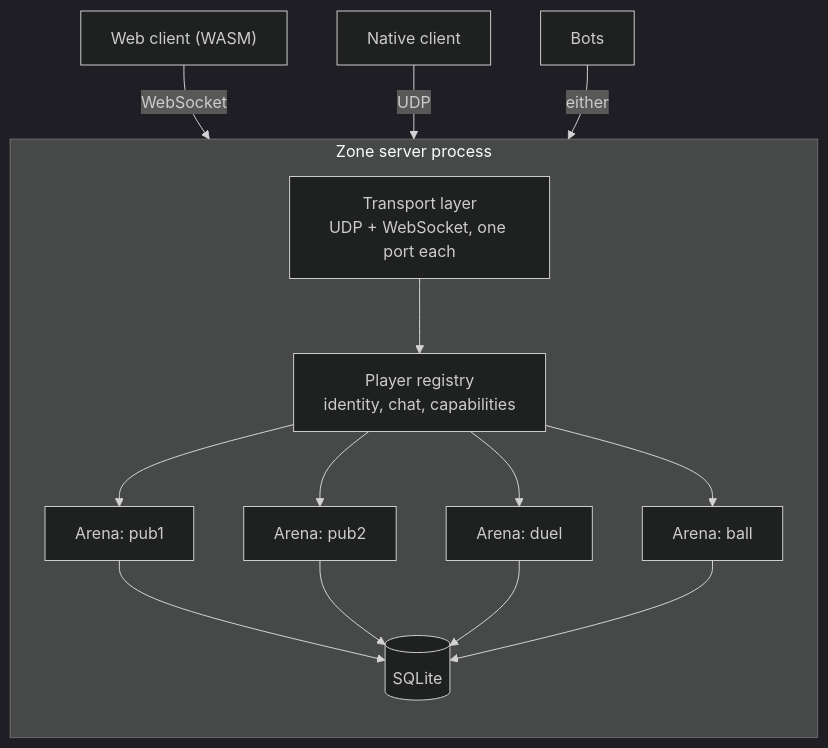
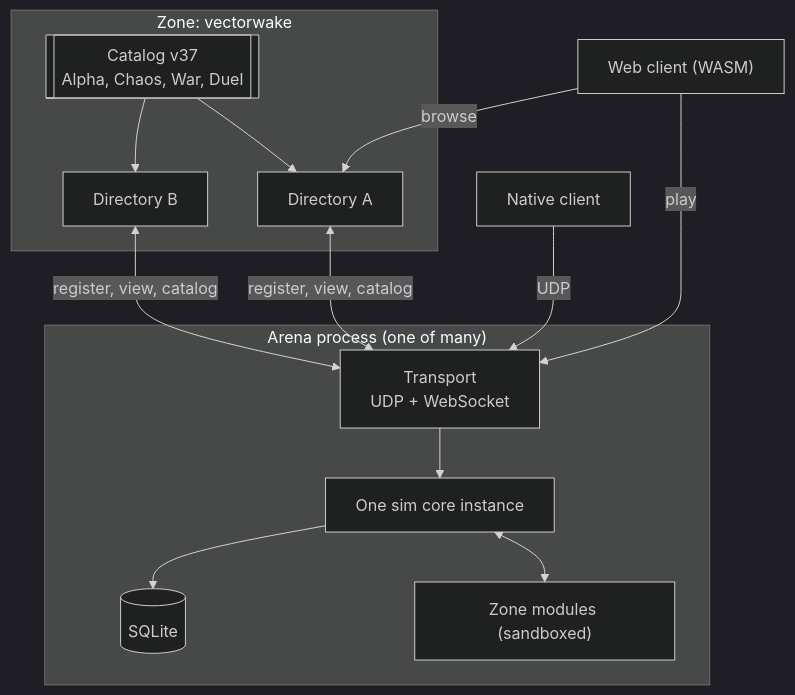
One commit to criccomini/vectorwake changed the second of 2 diagrams in docs/architecture/system-overview.md. Above: the diagram before and after it, drawn with Mermaid (dark theme). The commit also changed other lines of this file and 12 other files, not shown here.

First line of the commit message:
Design: the zone, directory and arena structure

````diff
--- a/docs/architecture/system-overview.md
+++ b/docs/architecture/system-overview.md
@@ -66,19 +77,23 @@
 ```mermaid
 flowchart TB
-    subgraph Host["Zone server process"]
-        direction TB
-        NET["Transport layer<br/>UDP + WebSocket, one port each"]
-        PL["Player registry<br/>identity, chat, capabilities"]
-        A1["Arena: pub1"]
-        A2["Arena: pub2"]
-        A3["Arena: duel"]
-        A4["Arena: ball"]
+    subgraph Zone["Zone: vectorwake"]
+        CAT[["Catalog v37<br/>Alpha, Chaos, War, Duel"]]
+        D1["Directory A"]
+        D2["Directory B"]
+        CAT --> D1 & D2
+    end
+    subgraph Arena["Arena process (one of many)"]
+        NET["Transport<br/>UDP + WebSocket"]
+        SIM["One sim core instance"]
+        MOD["Zone modules (sandboxed)"]
         DB[("SQLite")]
-        NET --> PL
-        PL --> A1 & A2 & A3 & A4
-        A1 & A2 & A3 & A4 --> DB
+        NET --> SIM
+        SIM <--> MOD
+        SIM --> DB
     end
-    W["Web client (WASM)"] -- WebSocket --> NET
+    D1 <-- "register, view, catalog" --> NET
+    D2 <-- "register, view, catalog" --> NET
+    W["Web client (WASM)"] -- browse --> D1
+    W -- play --> NET
     N["Native client"] -- UDP --> NET
-    B["Bots"] -- either --> NET
 ```
````
